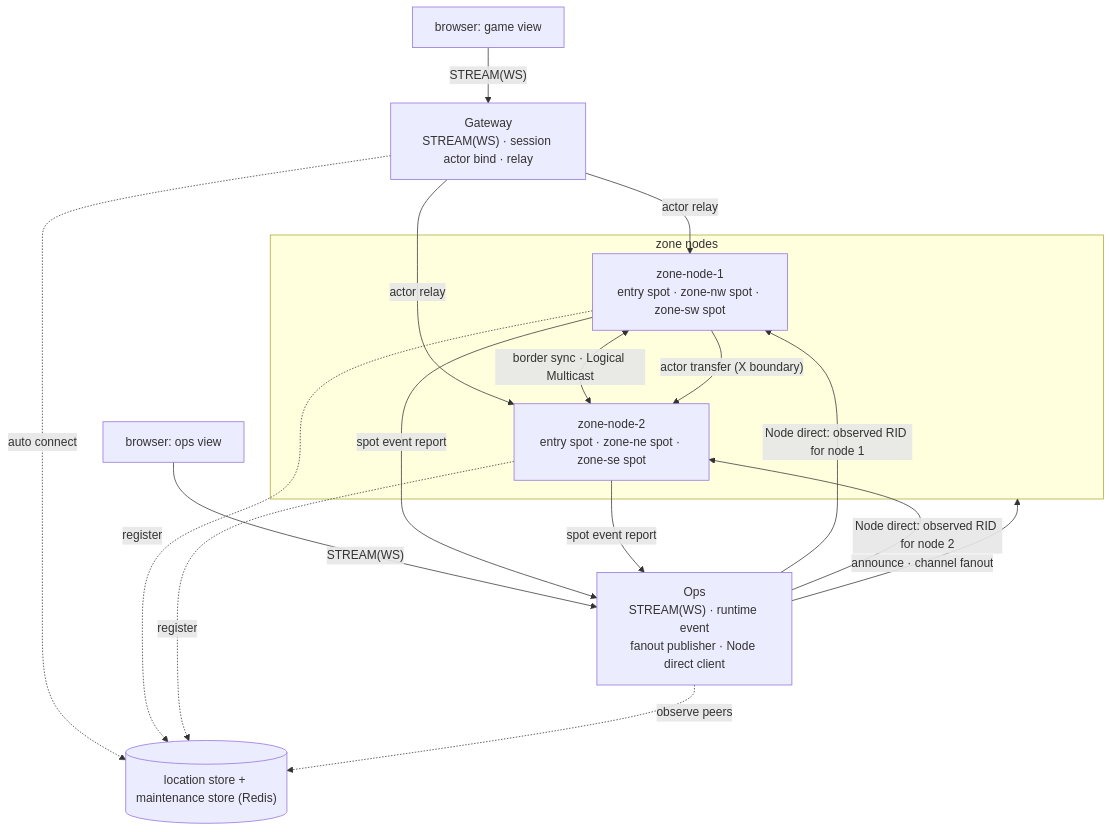
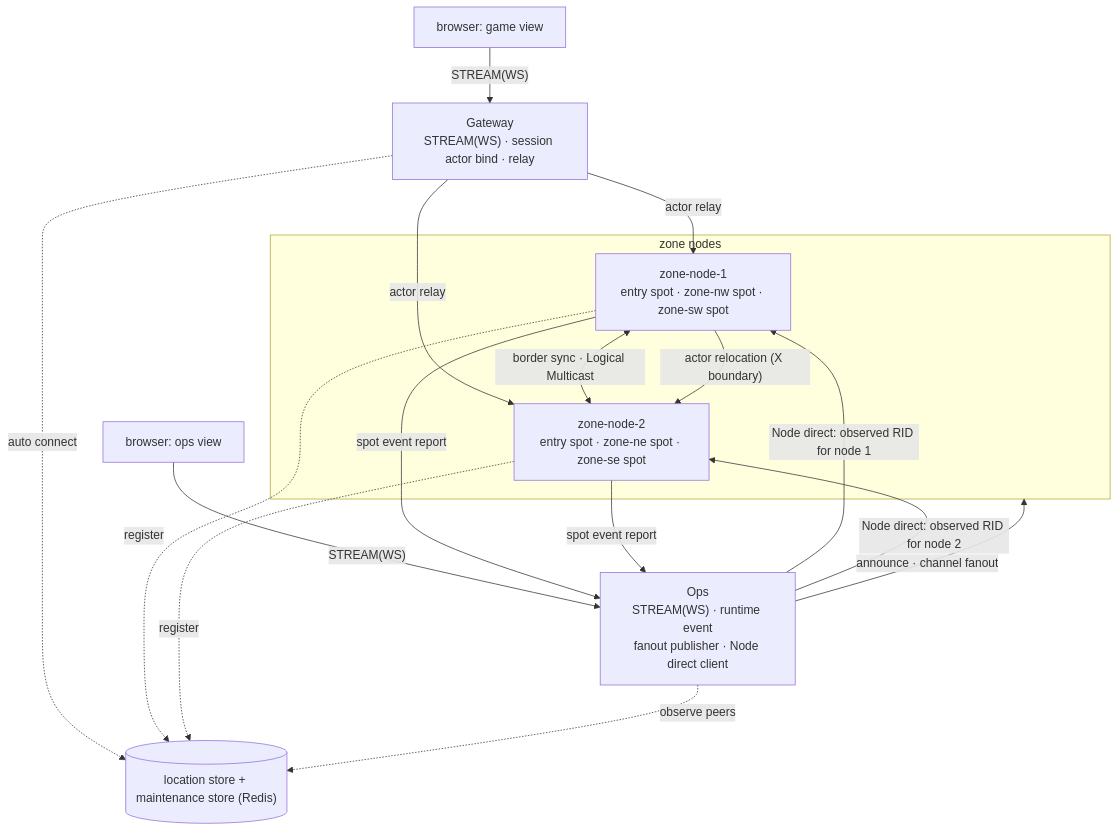
Before and after one commit to kairos-code-dev/zlink: the first of 3 diagrams in framework/doc/framework/common/sample/zoneworld/README.ko.md, drawn with Mermaid. The commit also changed other lines of this file and 40 other files, not shown here.

````diff
--- a/framework/doc/framework/common/sample/zoneworld/README.ko.md
+++ b/framework/doc/framework/common/sample/zoneworld/README.ko.md
@@ -294,28 +294,28 @@
 ```mermaid
 graph TD
     B1["browser: game view"]
     B2["browser: ops view"]
     GW["Gateway<br/>STREAM(WS) · session actor bind · relay"]
     OPS["Ops<br/>STREAM(WS) · runtime event<br/>fanout publisher · Node direct client"]
     subgraph ZN["zone nodes"]
       Z1["zone-node-1<br/>entry spot · zone-nw spot · zone-sw spot"]
       Z2["zone-node-2<br/>entry spot · zone-ne spot · zone-se spot"]
     end
     LS[("location store + maintenance store (Redis)")]
 
     B1 -->|"STREAM(WS)"| GW
     B2 -->|"STREAM(WS)"| OPS
     GW -->|"actor relay"| Z1
     GW -->|"actor relay"| Z2
     Z1 <-->|"border sync · Logical Multicast"| Z2
-    Z1 -->|"actor transfer (X boundary)"| Z2
+    Z1 -->|"actor relocation (X boundary)"| Z2
     OPS -->|"announce · channel fanout"| ZN
     OPS -->|"Node direct: observed RID for node 1"| Z1
     OPS -->|"Node direct: observed RID for node 2"| Z2
     Z1 -->|"spot event report"| OPS
     Z2 -->|"spot event report"| OPS
     GW -. auto connect .-> LS
     Z1 -. register .-> LS
     Z2 -. register .-> LS
     OPS -. observe peers .-> LS
 ```
````
